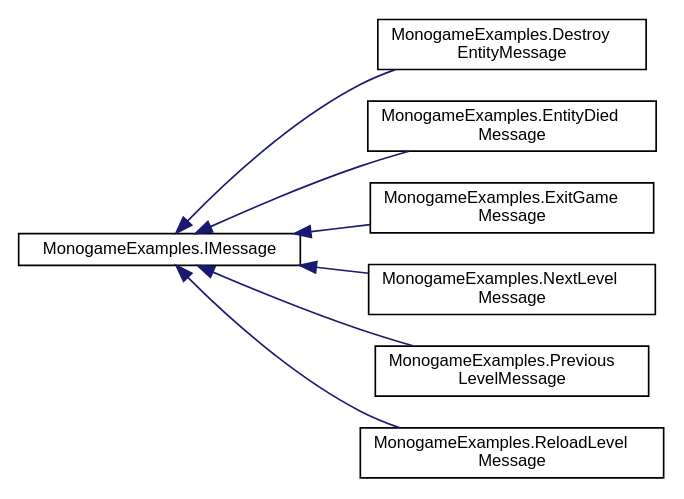
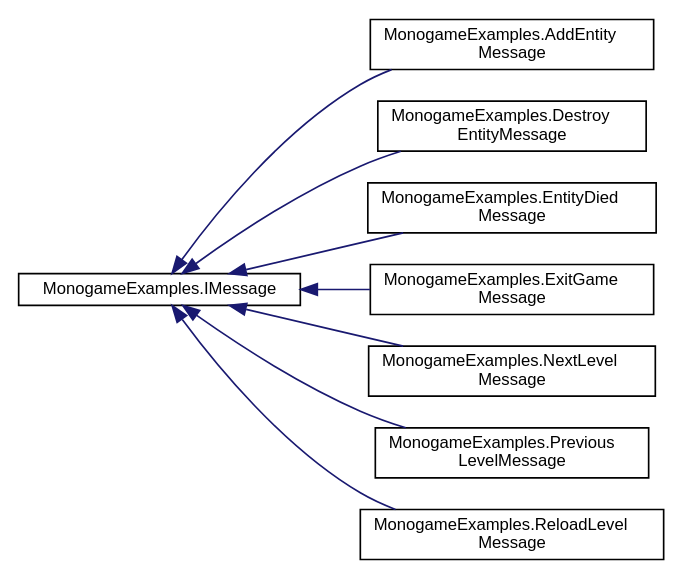
Before and after one commit to DreamyStranger/MonoGame-Platformer: the diagram in docs/inherit_graph_5.dot, drawn with Graphviz. The commit also changed 478 other files, not shown here.

```diff
--- a/docs/inherit_graph_5.dot
+++ b/docs/inherit_graph_5.dot
@@ -1,20 +1,22 @@
 digraph "Graphical Class Hierarchy"
 {
  // LATEX_PDF_SIZE
   edge [fontname="Helvetica",fontsize="10",labelfontname="Helvetica",labelfontsize="10"];
   node [fontname="Helvetica",fontsize="10",shape=record];
   rankdir="LR";
   Node0 [label="MonogameExamples.IMessage",height=0.2,width=0.4,color="black", fillcolor="white", style="filled",URL="$interfaceMonogameExamples_1_1IMessage.html",tooltip="Represents a message that can be published and subscribed to."];
   Node0 -> Node1 [dir="back",color="midnightblue",fontsize="10",style="solid",fontname="Helvetica"];
-  Node1 [label="MonogameExamples.Destroy\lEntityMessage",height=0.2,width=0.4,color="black", fillcolor="white", style="filled",URL="$classMonogameExamples_1_1DestroyEntityMessage.html",tooltip="Represents a message that indicates an entity should be destroyed. Implements the IMessage interface ..."];
+  Node1 [label="MonogameExamples.AddEntity\lMessage",height=0.2,width=0.4,color="black", fillcolor="white", style="filled",URL="$classMonogameExamples_1_1AddEntityMessage.html",tooltip=" "];
   Node0 -> Node2 [dir="back",color="midnightblue",fontsize="10",style="solid",fontname="Helvetica"];
-  Node2 [label="MonogameExamples.EntityDied\lMessage",height=0.2,width=0.4,color="black", fillcolor="white", style="filled",URL="$classMonogameExamples_1_1EntityDiedMessage.html",tooltip="Messages that given Entity has died. Implements the IMessage interface for use with the MessageBus."];
+  Node2 [label="MonogameExamples.Destroy\lEntityMessage",height=0.2,width=0.4,color="black", fillcolor="white", style="filled",URL="$classMonogameExamples_1_1DestroyEntityMessage.html",tooltip="Represents a message that indicates an entity should be destroyed. Implements the IMessage interface ..."];
   Node0 -> Node3 [dir="back",color="midnightblue",fontsize="10",style="solid",fontname="Helvetica"];
-  Node3 [label="MonogameExamples.ExitGame\lMessage",height=0.2,width=0.4,color="black", fillcolor="white", style="filled",URL="$classMonogameExamples_1_1ExitGameMessage.html",tooltip="Represents a message that indicates the game should exit. Implements the IMessage interface for use w..."];
+  Node3 [label="MonogameExamples.EntityDied\lMessage",height=0.2,width=0.4,color="black", fillcolor="white", style="filled",URL="$classMonogameExamples_1_1EntityDiedMessage.html",tooltip="Messages that given Entity has died. Implements the IMessage interface for use with the MessageBus."];
   Node0 -> Node4 [dir="back",color="midnightblue",fontsize="10",style="solid",fontname="Helvetica"];
-  Node4 [label="MonogameExamples.NextLevel\lMessage",height=0.2,width=0.4,color="black", fillcolor="white", style="filled",URL="$classMonogameExamples_1_1NextLevelMessage.html",tooltip="Represents a message that indicates the game should proceed to the next level. Implements the IMessag..."];
+  Node4 [label="MonogameExamples.ExitGame\lMessage",height=0.2,width=0.4,color="black", fillcolor="white", style="filled",URL="$classMonogameExamples_1_1ExitGameMessage.html",tooltip="Represents a message that indicates the game should exit. Implements the IMessage interface for use w..."];
   Node0 -> Node5 [dir="back",color="midnightblue",fontsize="10",style="solid",fontname="Helvetica"];
-  Node5 [label="MonogameExamples.Previous\lLevelMessage",height=0.2,width=0.4,color="black", fillcolor="white", style="filled",URL="$classMonogameExamples_1_1PreviousLevelMessage.html",tooltip="Represents a message that indicates the game should revert to the previous level. Implements the IMes..."];
+  Node5 [label="MonogameExamples.NextLevel\lMessage",height=0.2,width=0.4,color="black", fillcolor="white", style="filled",URL="$classMonogameExamples_1_1NextLevelMessage.html",tooltip="Represents a message that indicates the game should proceed to the next level. Implements the IMessag..."];
   Node0 -> Node6 [dir="back",color="midnightblue",fontsize="10",style="solid",fontname="Helvetica"];
-  Node6 [label="MonogameExamples.ReloadLevel\lMessage",height=0.2,width=0.4,color="black", fillcolor="white", style="filled",URL="$classMonogameExamples_1_1ReloadLevelMessage.html",tooltip="Represents a message that indicates the current game level should be reloaded. Implements the IMessag..."];
+  Node6 [label="MonogameExamples.Previous\lLevelMessage",height=0.2,width=0.4,color="black", fillcolor="white", style="filled",URL="$classMonogameExamples_1_1PreviousLevelMessage.html",tooltip="Represents a message that indicates the game should revert to the previous level. Implements the IMes..."];
+  Node0 -> Node7 [dir="back",color="midnightblue",fontsize="10",style="solid",fontname="Helvetica"];
+  Node7 [label="MonogameExamples.ReloadLevel\lMessage",height=0.2,width=0.4,color="black", fillcolor="white", style="filled",URL="$classMonogameExamples_1_1ReloadLevelMessage.html",tooltip="Represents a message that indicates the current game level should be reloaded. Implements the IMessag..."];
 }
```
